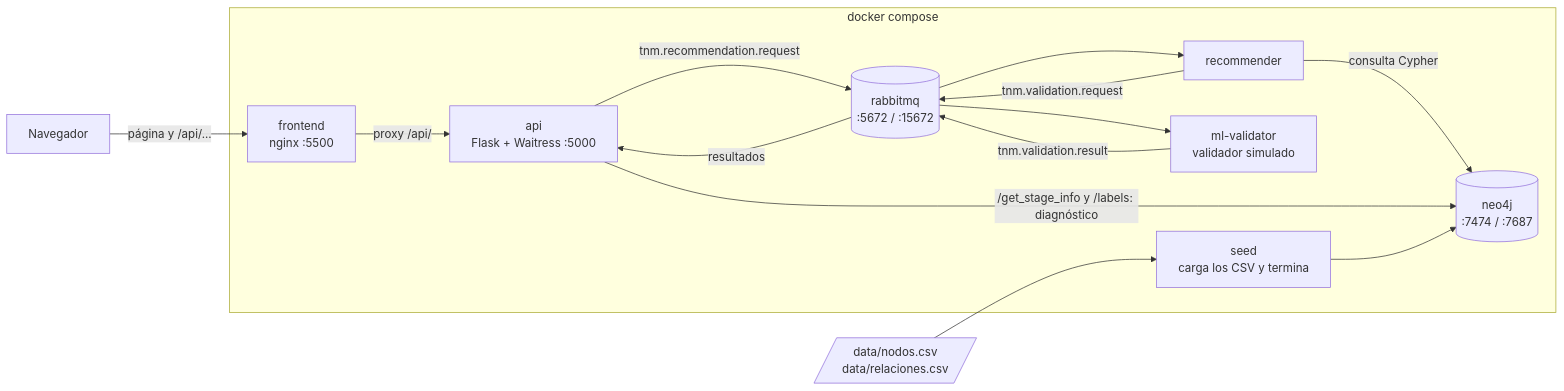
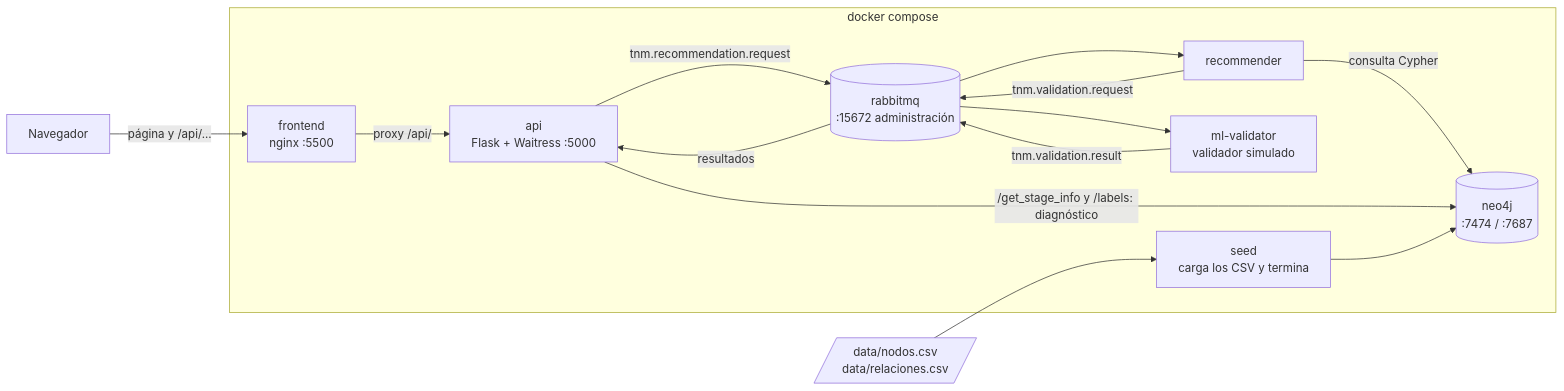
The first of 4 diagrams in docs/DIAGRAMAS.md (EduardoCN1/biomedicos), drawn with Mermaid before and after one commit. The commit also changed 5 other files, not shown here.

````diff
--- a/docs/DIAGRAMAS.md
+++ b/docs/DIAGRAMAS.md
@@ -7,28 +7,28 @@
 ```mermaid
 flowchart LR
     Browser["Navegador"]
 
     subgraph Docker["docker compose"]
         Frontend["frontend<br/>nginx :5500"]
         API["api<br/>Flask + Waitress :5000"]
-        RabbitMQ[("rabbitmq<br/>:5672 / :15672")]
+        RabbitMQ[("rabbitmq<br/>:15672 administración")]
         Recommender["recommender"]
         Validator["ml-validator<br/>validador simulado"]
         Neo4j[("neo4j<br/>:7474 / :7687")]
         Seed["seed<br/>carga los CSV y termina"]
     end
 
     CSV[/"data/nodos.csv<br/>data/relaciones.csv"/]
 
     Browser -->|página y /api/...| Frontend
     Frontend -->|proxy /api/| API
     API -->|tnm.recommendation.request| RabbitMQ
     RabbitMQ --> Recommender
     Recommender -->|consulta Cypher| Neo4j
     Recommender -->|tnm.validation.request| RabbitMQ
     RabbitMQ --> Validator
     Validator -->|tnm.validation.result| RabbitMQ
     RabbitMQ -->|resultados| API
     API -->|/get_stage_info y /labels: diagnóstico| Neo4j
     CSV --> Seed --> Neo4j
 ```
````
